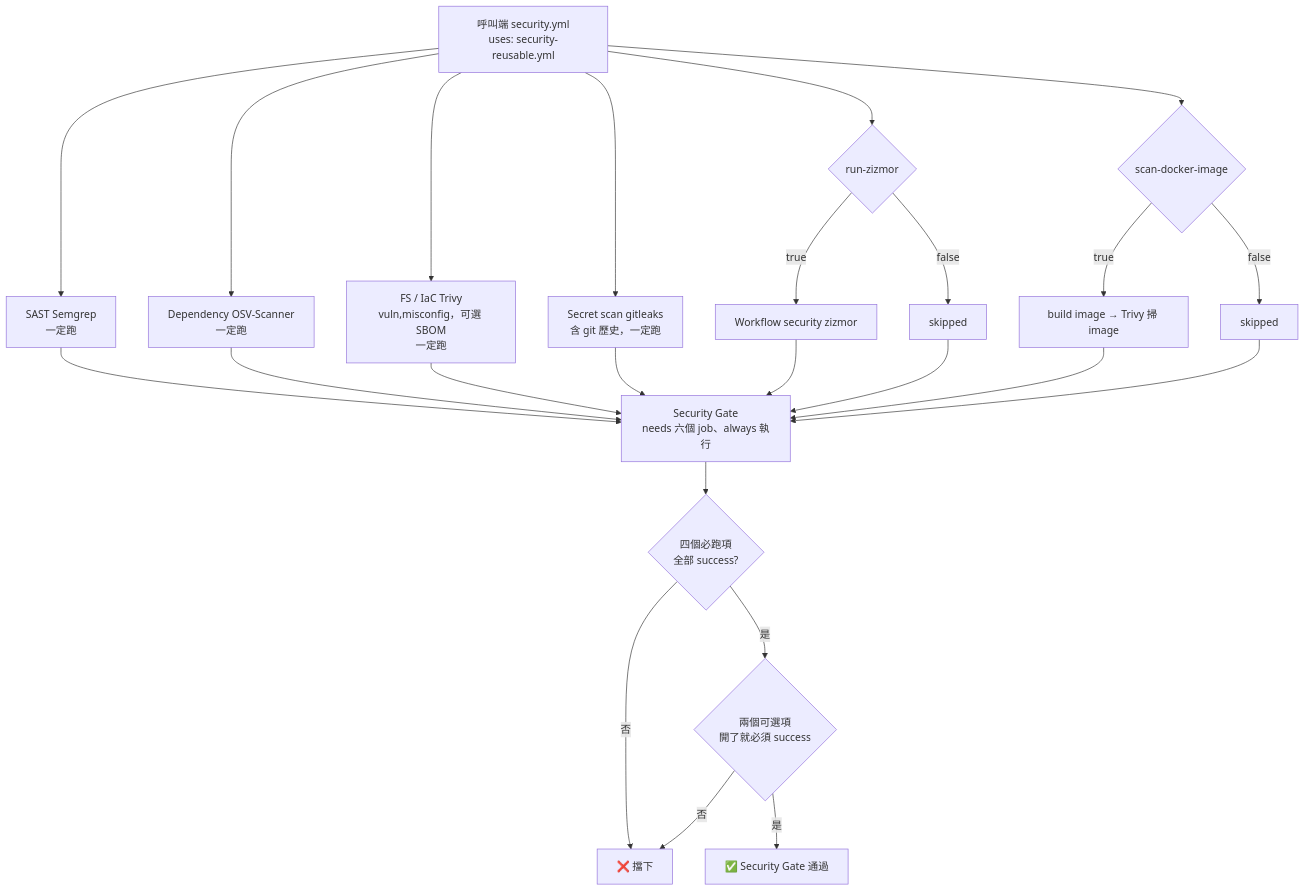
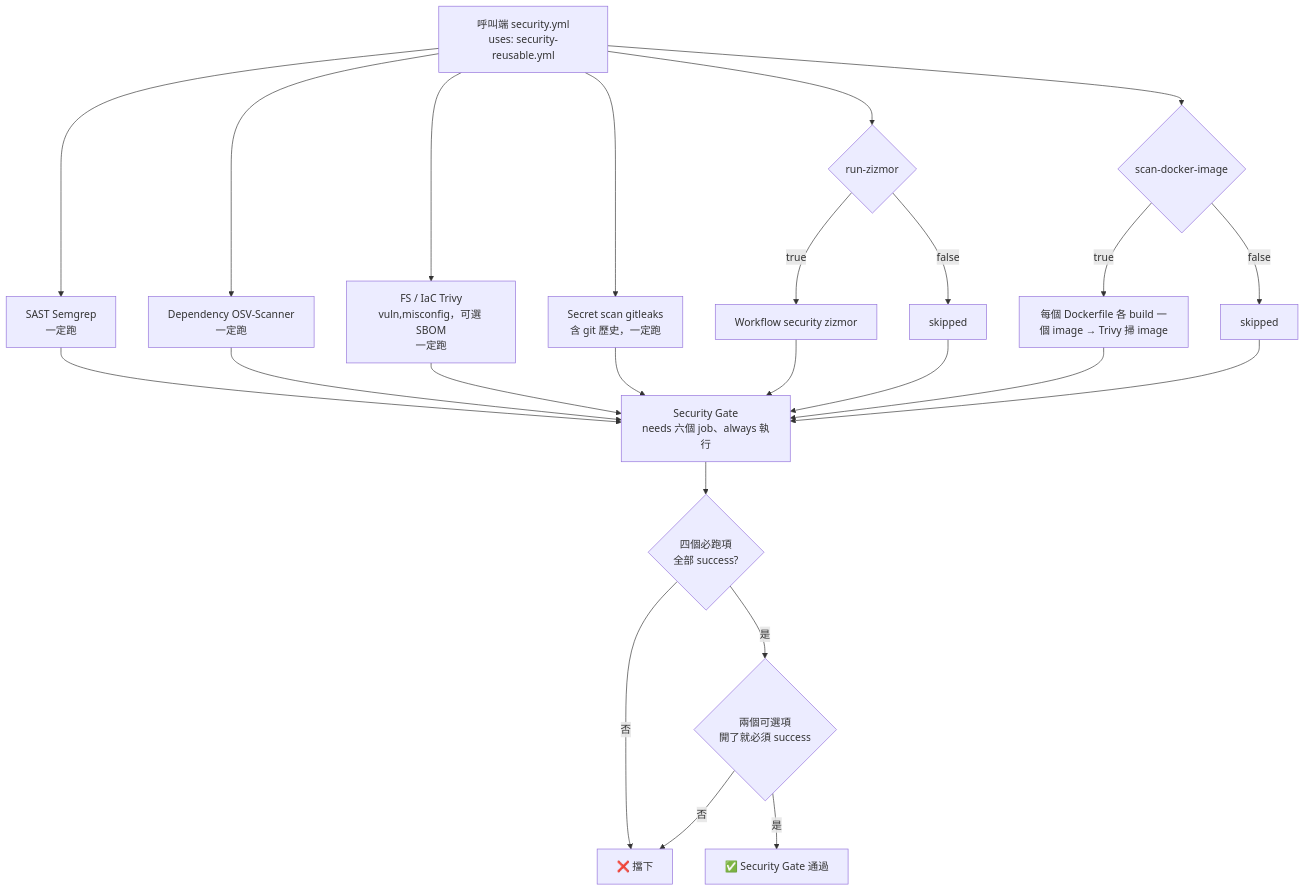
The third of 3 diagrams in docs/FLOW.md (singi0771/ci-standards), drawn with Mermaid before and after one commit. The commit also changed other lines of this file and 28 other files, not shown here.

````diff
--- a/docs/FLOW.md
+++ b/docs/FLOW.md
@@ -120,29 +128,29 @@
 ```mermaid
 flowchart TD
     CALL[呼叫端 security.yml<br/>uses: security-reusable.yml] --> A[SAST Semgrep<br/>一定跑]
     CALL --> B[Dependency OSV-Scanner<br/>一定跑]
     CALL --> C[FS / IaC Trivy<br/>vuln,misconfig，可選 SBOM<br/>一定跑]
     CALL --> E[Secret scan gitleaks<br/>含 git 歷史，一定跑]
     CALL --> F{run-zizmor}
     CALL --> H{scan-docker-image}
 
     F -->|true| FJ[Workflow security zizmor]
     F -->|false| FS[skipped]
-    H -->|true| HJ[build image → Trivy 掃 image]
+    H -->|true| HJ[每個 Dockerfile 各 build 一個 image → Trivy 掃 image]
     H -->|false| HS[skipped]
 
     A --> G[Security Gate<br/>needs 六個 job、always 執行]
     B --> G
     C --> G
     E --> G
     FJ --> G
     FS --> G
     HJ --> G
     HS --> G
 
     G --> R1{四個必跑項<br/>全部 success?}
     R1 -->|否| NG[❌ 擋下]
     R1 -->|是| R2{兩個可選項<br/>開了就必須 success}
     R2 -->|否| NG
     R2 -->|是| OK[✅ Security Gate 通過]
 ```
````
